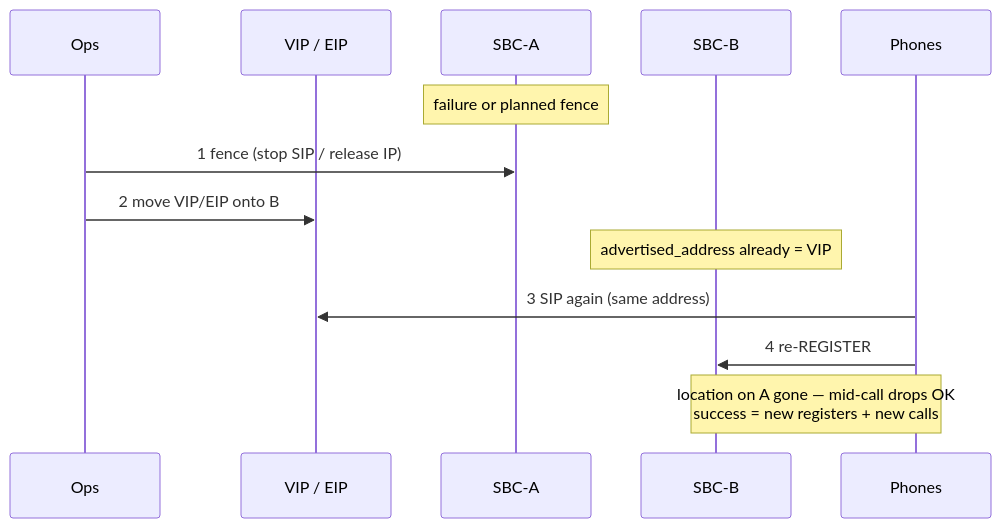
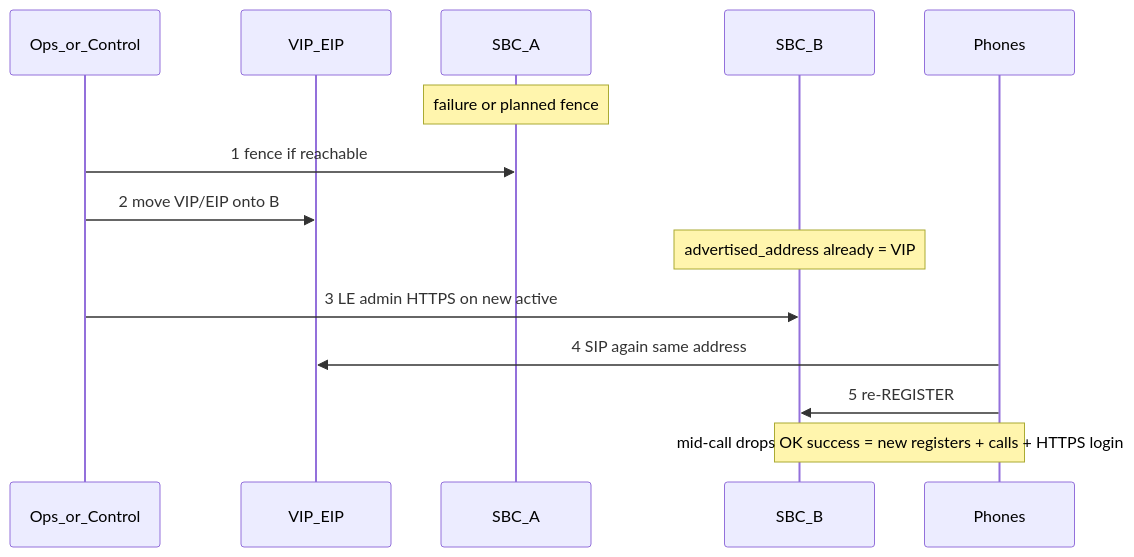
Before and after one commit to pbx3-oss/pbx3: the second of 2 diagrams in pbx3-directory/docs/SBC_HA_FAILOVER_REQUIREMENTS.md, drawn with Mermaid. The commit also changed other lines of this file and 16 other files, not shown here.

First line of the commit message:
Add control-plane SBC edge HA probe, notify, and auto EIP promote.

````diff
--- a/pbx3-directory/docs/SBC_HA_FAILOVER_REQUIREMENTS.md
+++ b/pbx3-directory/docs/SBC_HA_FAILOVER_REQUIREMENTS.md
@@ -57,16 +62,17 @@
 ```mermaid
 sequenceDiagram
-  participant Ops
-  participant VIP as VIP / EIP
-  participant A as SBC-A
-  participant B as SBC-B
+  participant Trigger as Ops_or_Control
+  participant VIP as VIP_EIP
+  participant A as SBC_A
+  participant B as SBC_B
   participant Phones
 
   Note over A: failure or planned fence
-  Ops->>A: 1 fence (stop SIP / release IP)
-  Ops->>VIP: 2 move VIP/EIP onto B
+  Trigger->>A: 1 fence if reachable
+  Trigger->>VIP: 2 move VIP/EIP onto B
   Note over B: advertised_address already = VIP
-  Phones->>VIP: 3 SIP again (same address)
-  Phones->>B: 4 re-REGISTER
-  Note over Phones,B: location on A gone — mid-call drops OK<br/>success = new registers + new calls
+  Trigger->>B: 3 LE admin HTTPS on new active
+  Phones->>VIP: 4 SIP again same address
+  Phones->>B: 5 re-REGISTER
+  Note over Phones,B: mid-call drops OK success = new registers + calls + HTTPS login
 ```
````
